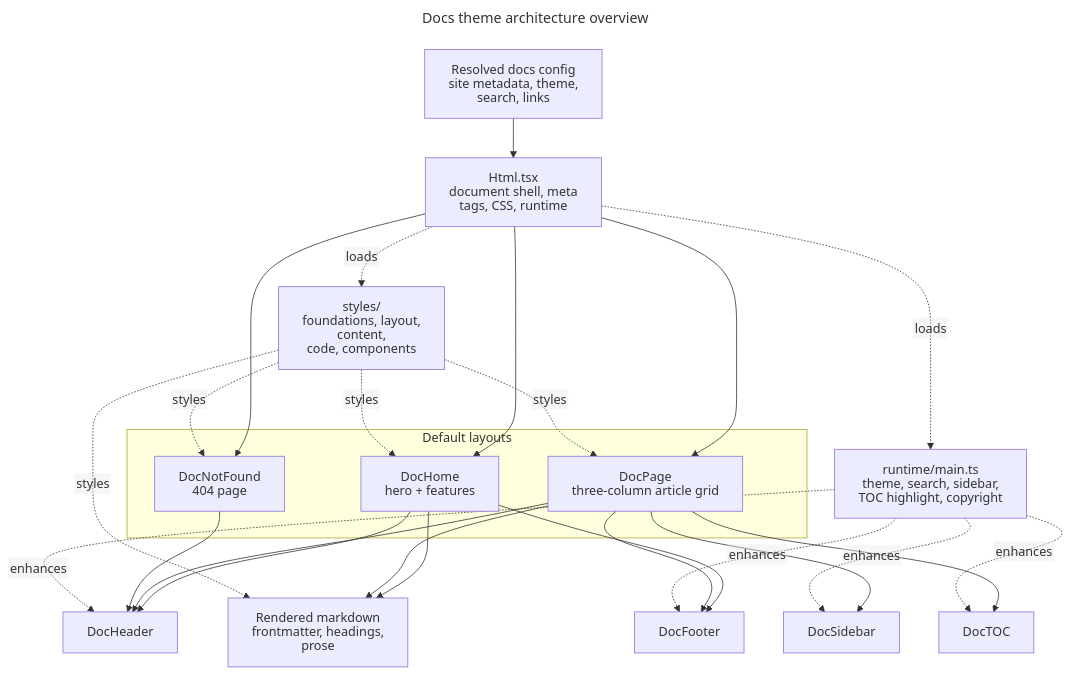
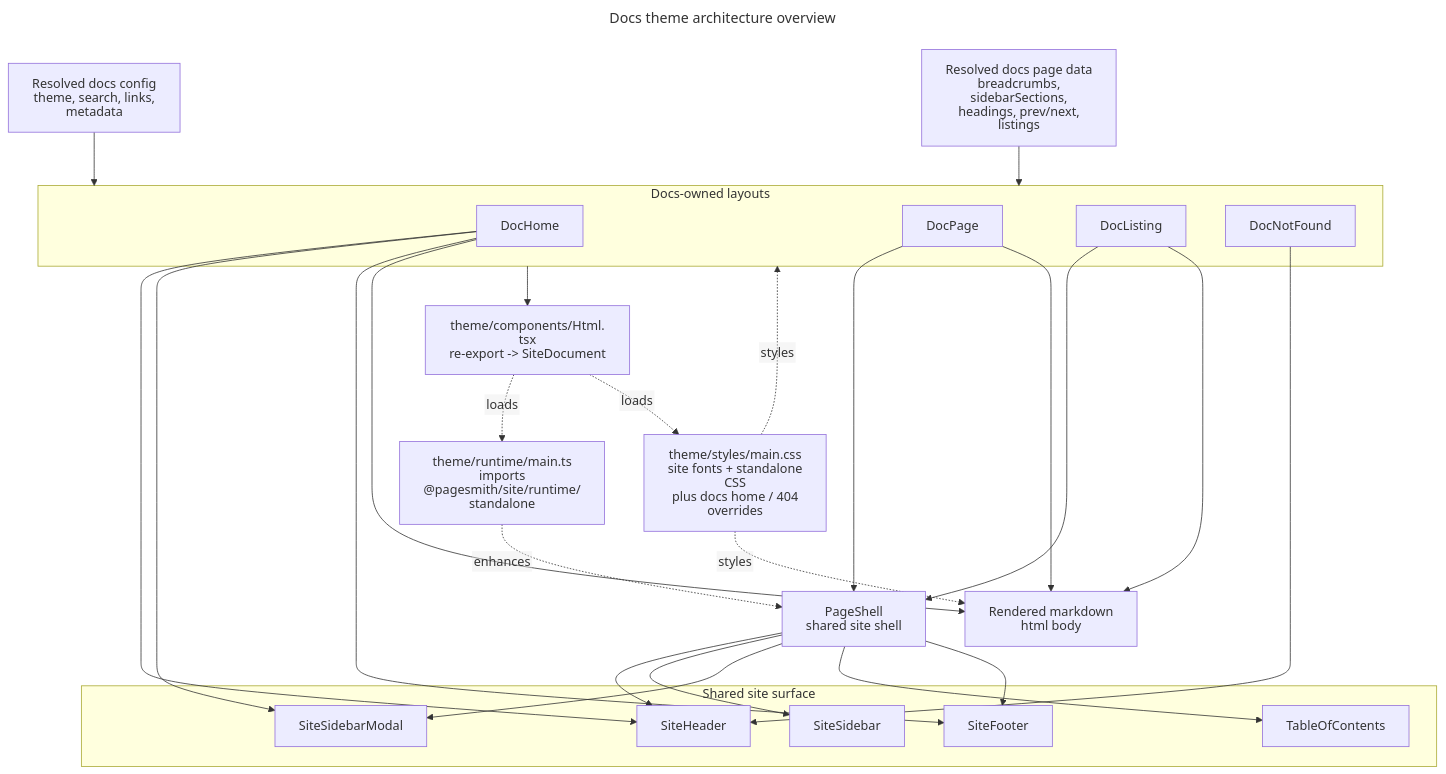
Before and after one commit to sujeet-pro/pagesmith: the diagram in docs/content/reference/docs-theme/diagrams/theme-architecture.mermaid, drawn with Mermaid. The commit also changed 419 other files, not shown here.

First line of the commit message:
feat: split shared site primitives into @pagesmith/site and sync docs

```diff
--- a/docs/content/reference/docs-theme/diagrams/theme-architecture.mermaid
+++ b/docs/content/reference/docs-theme/diagrams/theme-architecture.mermaid
@@ -1,52 +1,52 @@
 ---
 title: Docs theme architecture overview
 ---
 %%{init: {'htmlLabels': false}}%%
 
 flowchart TB
-  Config["Resolved docs config<br/>site metadata, theme, search, links"]
-  Html["Html.tsx<br/>document shell, meta tags, CSS, runtime"]
-  Runtime["runtime/main.ts<br/>theme, search, sidebar,<br/>TOC highlight, copyright"]
-  Styles["styles/<br/>foundations, layout, content,<br/>code, components"]
-  Markdown["Rendered markdown<br/>frontmatter, headings, prose"]
+  Config["Resolved docs config<br/>theme, search, links, metadata"]
+  PageData["Resolved docs page data<br/>breadcrumbs, sidebarSections,<br/>headings, prev/next, listings"]
+  Html["theme/components/Html.tsx<br/>re-export -> SiteDocument"]
+  Shell["PageShell<br/>shared site shell"]
+  Runtime["theme/runtime/main.ts<br/>imports @pagesmith/site/runtime/standalone"]
+  Styles["theme/styles/main.css<br/>site fonts + standalone CSS<br/>plus docs home / 404 overrides"]
+  Markdown["Rendered markdown<br/>html body"]
 
-  subgraph Layouts["Default layouts"]
-    Home["DocHome<br/>hero + features"]
-    Page["DocPage<br/>three-column article grid"]
-    NotFound["DocNotFound<br/>404 page"]
+  subgraph Layouts["Docs-owned layouts"]
+    Home["DocHome"]
+    Page["DocPage"]
+    Listing["DocListing"]
+    NotFound["DocNotFound"]
   end
 
-  Header["DocHeader"]
-  Footer["DocFooter"]
-  Sidebar["DocSidebar"]
-  TOC["DocTOC"]
+  subgraph Shared["Shared site surface"]
+    Header["SiteHeader"]
+    Sidebar["SiteSidebar"]
+    SidebarModal["SiteSidebarModal"]
+    TOC["TableOfContents"]
+    Footer["SiteFooter"]
+  end
 
-  Config --> Html
-  Html --> Home
-  Html --> Page
-  Html --> NotFound
-
+  Config --> Layouts
+  PageData --> Layouts
+  Layouts --> Html
+  Page --> Shell
+  Listing --> Shell
+  Shell --> Header
+  Shell --> Sidebar
+  Shell --> SidebarModal
+  Shell --> TOC
+  Shell --> Footer
+  Page --> Markdown
+  Listing --> Markdown
   Home --> Header
+  Home --> SidebarModal
+  Home --> Footer
   Home --> Markdown
-  Home --> Footer
-
-  Page --> Header
-  Page --> Sidebar
-  Page --> Markdown
-  Page --> TOC
-  Page --> Footer
-
   NotFound --> Header
 
   Html -. loads .-> Runtime
   Html -. loads .-> Styles
-
-  Runtime -. enhances .-> Header
-  Runtime -. enhances .-> Sidebar
-  Runtime -. enhances .-> TOC
-  Runtime -. enhances .-> Footer
-
-  Styles -. styles .-> Home
-  Styles -. styles .-> Page
-  Styles -. styles .-> NotFound
+  Runtime -. enhances .-> Shell
+  Styles -. styles .-> Layouts
   Styles -. styles .-> Markdown
```
